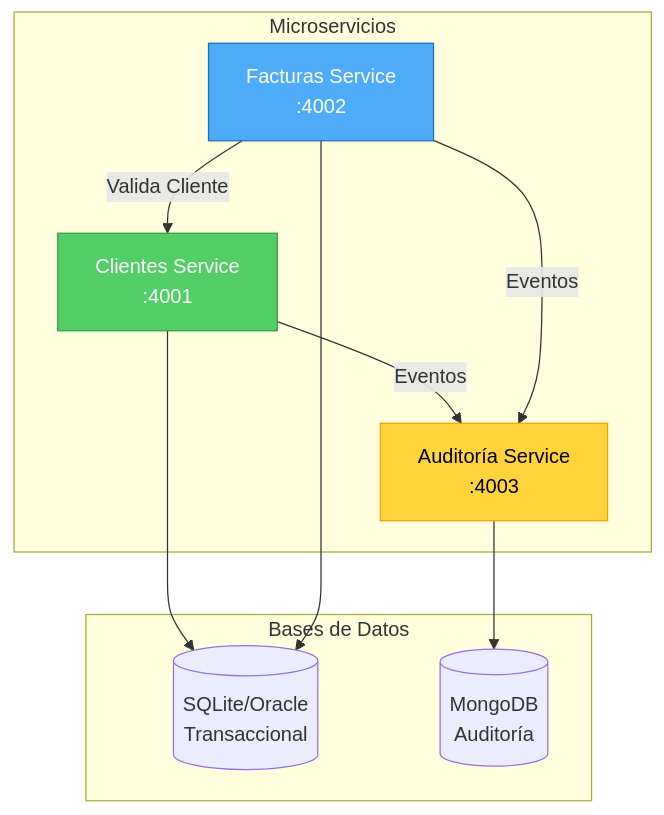
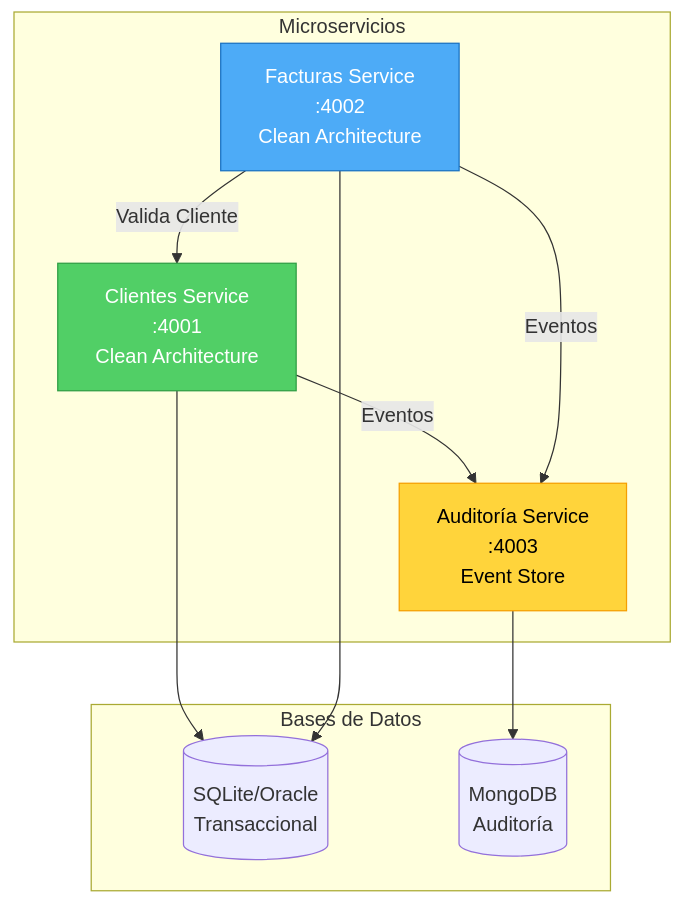
Before and after one commit to Asimpl3-Hero/RubyDoubleV: the first of 3 diagrams in docs/ARQUITECTURA.md, drawn with Mermaid. The commit also changed other lines of this file and 2 other files, not shown here.

````diff
--- a/docs/ARQUITECTURA.md
+++ b/docs/ARQUITECTURA.md
@@ -9,24 +19,24 @@
 ```mermaid
 graph TB
     subgraph "Microservicios"
-        CS[Clientes Service<br/>:4001]
-        FS[Facturas Service<br/>:4002]
-        AS[Auditoría Service<br/>:4003]
+        CS[Clientes Service<br/>:4001<br/>Clean Architecture]
+        FS[Facturas Service<br/>:4002<br/>Clean Architecture]
+        AS[Auditoría Service<br/>:4003<br/>Event Store]
     end
 
     subgraph "Bases de Datos"
         SQL[(SQLite/Oracle<br/>Transaccional)]
         MONGO[(MongoDB<br/>Auditoría)]
     end
 
     FS -->|Valida Cliente| CS
     CS -->|Eventos| AS
     FS -->|Eventos| AS
     CS --> SQL
     FS --> SQL
     AS --> MONGO
 
     style CS fill:#51cf66,stroke:#2f9e44,color:#fff
     style FS fill:#4dabf7,stroke:#1971c2,color:#fff
     style AS fill:#ffd43b,stroke:#f59f00,color:#000
 ```
````
